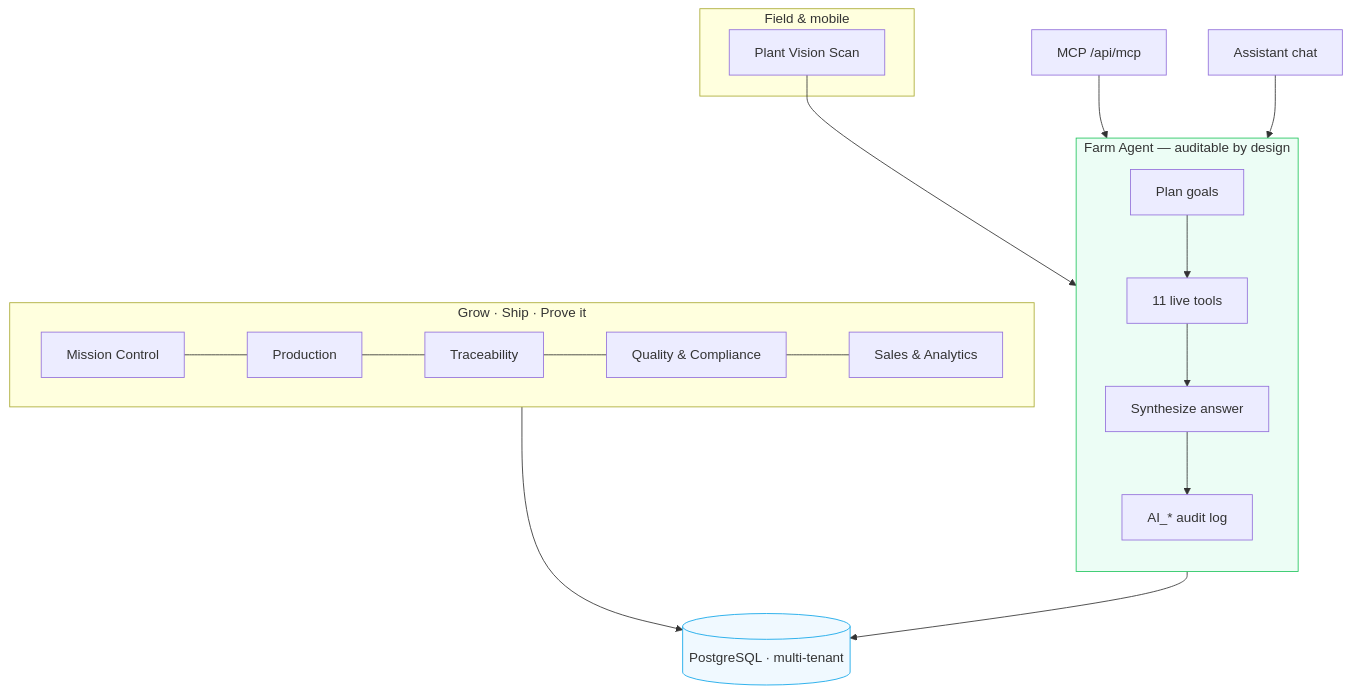
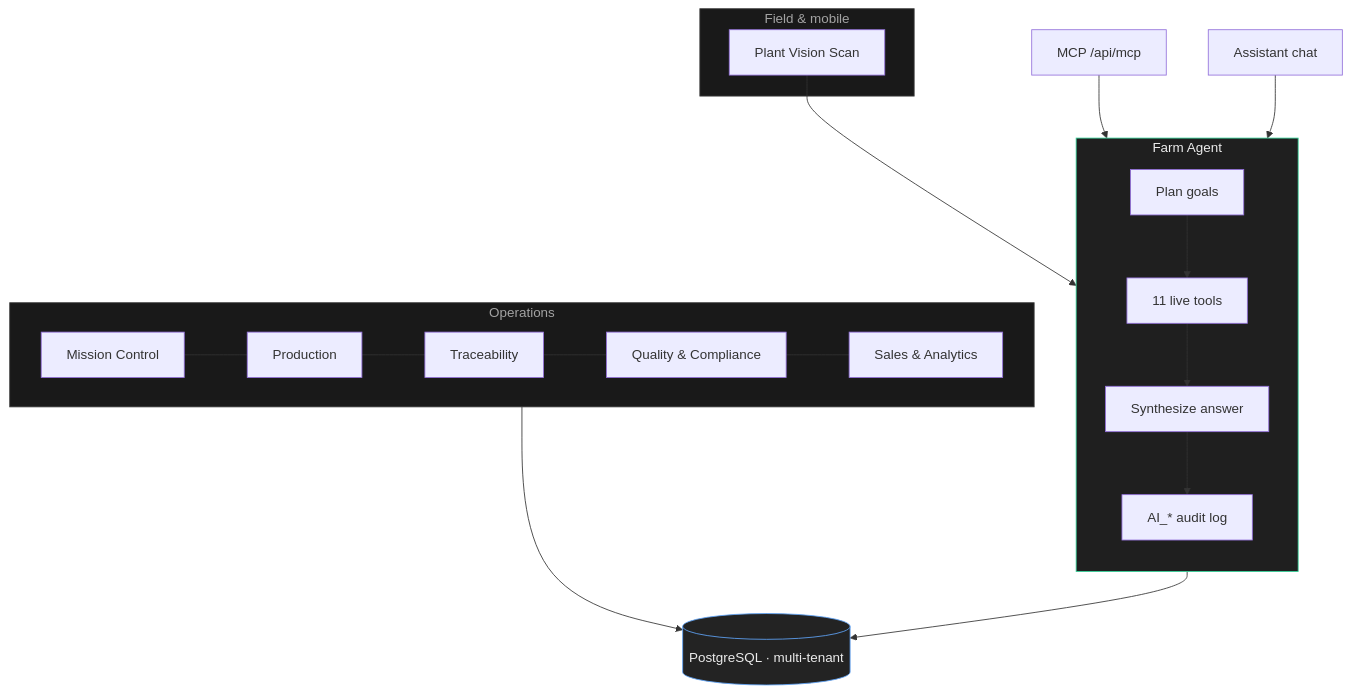
One commit to sharedoxygen/organic-farmer changed the first of 2 diagrams in README.md. Above: the diagram before and after it, drawn with Mermaid. The commit also changed other lines of this file and 1 other file, not shown here.

````diff
--- a/README.md
+++ b/README.md
@@ -16,32 +11,34 @@
 ```mermaid
 flowchart TB
-  subgraph Surface["Grow · Ship · Prove it"]
+  subgraph Surface["Operations"]
     direction LR
     MC[Mission Control] --- PR[Production]
     PR --- TR[Traceability]
     TR --- QC[Quality & Compliance]
     QC --- SL[Sales & Analytics]
   end
 
-  subgraph Agent["Farm Agent — auditable by design"]
+  subgraph Agent["Farm Agent"]
     direction TB
     P[Plan goals] --> T[11 live tools]
     T --> S[Synthesize answer]
     S --> L["AI_* audit log"]
   end
 
   subgraph Field["Field & mobile"]
     PV[Plant Vision Scan]
   end
 
   DB[(PostgreSQL · multi-tenant)]
 
   Surface --> DB
   Agent --> DB
   PV --> Agent
   MCP[MCP /api/mcp] --> Agent
   CHAT[Assistant chat] --> Agent
 
-  style Agent fill:#ecfdf5,stroke:#22c55e
-  style DB fill:#f0f9ff,stroke:#0ea5e9
+  style Agent fill:#1f1f1f,stroke:#34d399,color:#ebebeb
+  style DB fill:#232323,stroke:#60a5fa,color:#ebebeb
+  style Surface fill:#191919,stroke:#3d3d3d,color:#a3a3a3
+  style Field fill:#191919,stroke:#3d3d3d,color:#a3a3a3
 ```
````
